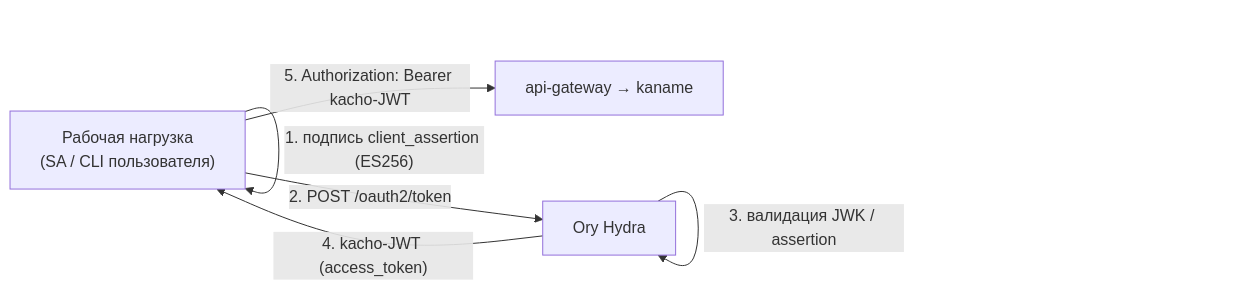
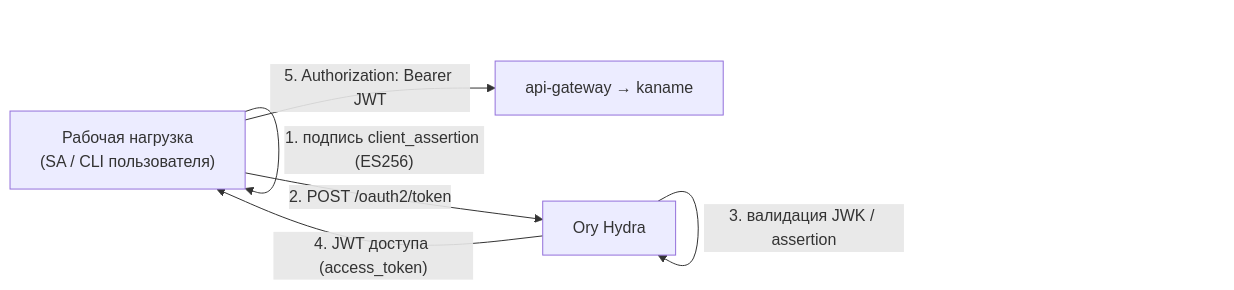
The diagram in services/iam/docs/content/api/tokens.mdx (PRO-Robotech/kacho), drawn with Mermaid before and after one commit. The commit also changed other lines of this file and 90 other files, not shown here.

````diff
--- a/services/iam/docs/content/api/tokens.mdx
+++ b/services/iam/docs/content/api/tokens.mdx
@@ -461,8 +461,8 @@
 ```mermaid
 flowchart LR
   wl["Рабочая нагрузка<br/>(SA / CLI пользователя)"] -->|"1. подпись client_assertion (ES256)"| wl
   wl -->|"2. POST /oauth2/token"| hydra["Ory Hydra"]
   hydra -->|"3. валидация JWK / assertion"| hydra
-  hydra -->|"4. kacho-JWT (access_token)"| wl
-  wl -->|"5. Authorization: Bearer kacho-JWT"| agw["api-gateway → kaname"]
+  hydra -->|"4. JWT доступа (access_token)"| wl
+  wl -->|"5. Authorization: Bearer JWT"| agw["api-gateway → kaname"]
 ```
````
